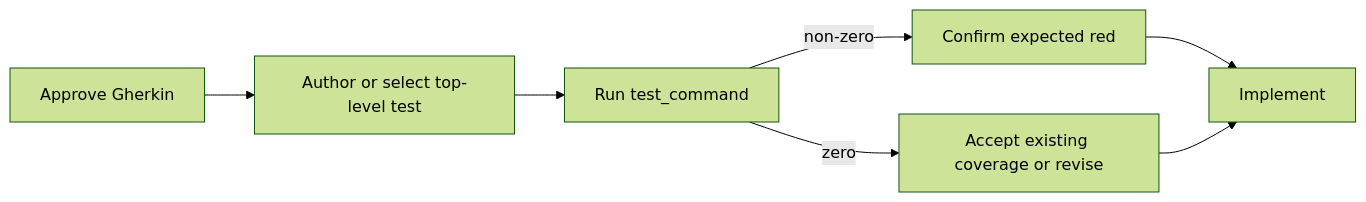
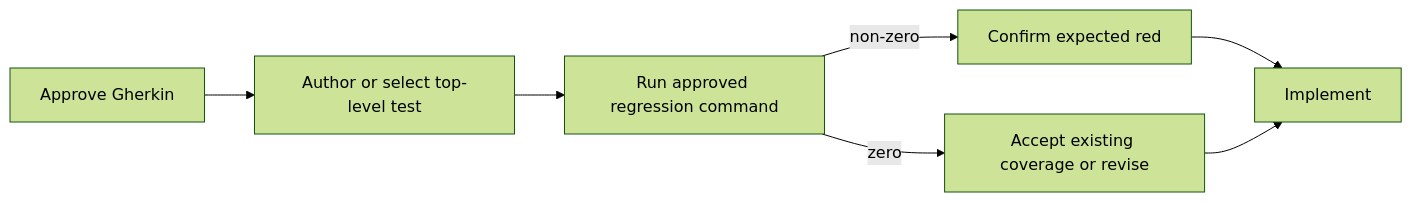
Before and after one commit to cdespona/conductor-layered-tdd: the second of 2 diagrams in docs/guide.md, drawn with Mermaid (forest theme). The commit also changed other lines of this file and 18 other files, not shown here.

````diff
--- a/docs/guide.md
+++ b/docs/guide.md
@@ -57,9 +103,9 @@
 ```mermaid
 flowchart LR
     A["Approve Gherkin"] --> B["Author or select top-level test"]
-    B --> C["Run test_command"]
+    B --> C["Run approved regression command"]
     C -->|"non-zero"| D["Confirm expected red"]
     C -->|"zero"| E["Accept existing coverage or revise"]
     D --> F["Implement"]
     E --> F
 ```
````
